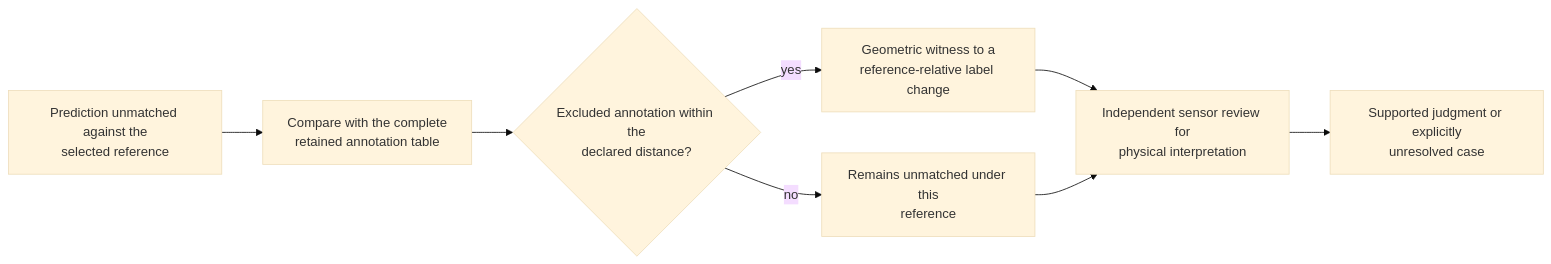
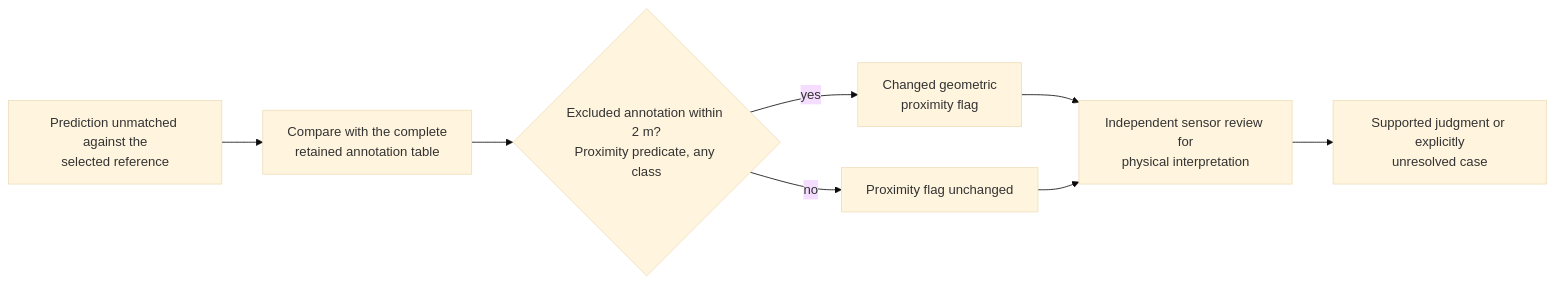
Before and after one commit to manfromnowhere143/reiyah: the fourth of 6 diagrams in README.md, drawn with Mermaid (base theme). The commit also changed other lines of this file and 8 other files, not shown here.

````diff
--- a/README.md
+++ b/README.md
@@ -131,10 +137,10 @@
 ```mermaid
 flowchart LR
   P["Prediction unmatched against the<br/>selected reference"] --> C["Compare with the complete<br/>retained annotation table"]
-  C --> N{"Excluded annotation within the<br/>declared distance?"}
-  N -- "yes" --> W["Geometric witness to a<br/>reference-relative label change"]
-  N -- "no" --> U["Remains unmatched under this<br/>reference"]
+  C --> N{"Excluded annotation within 2 m?<br/>Proximity predicate, any class"}
+  N -- "yes" --> W["Changed geometric<br/>proximity flag"]
+  N -- "no" --> U["Proximity flag unchanged"]
   W --> H["Independent sensor review for<br/>physical interpretation"]
   U --> H
   H --> E["Supported judgment or explicitly<br/>unresolved case"]
 ```
````
